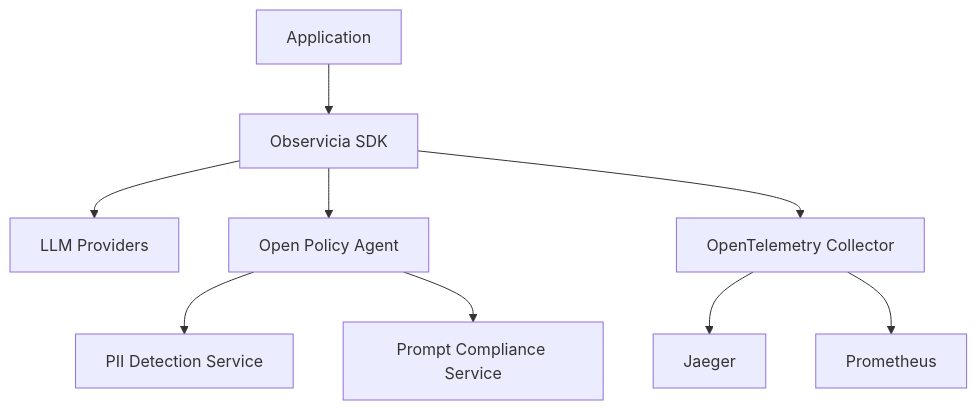
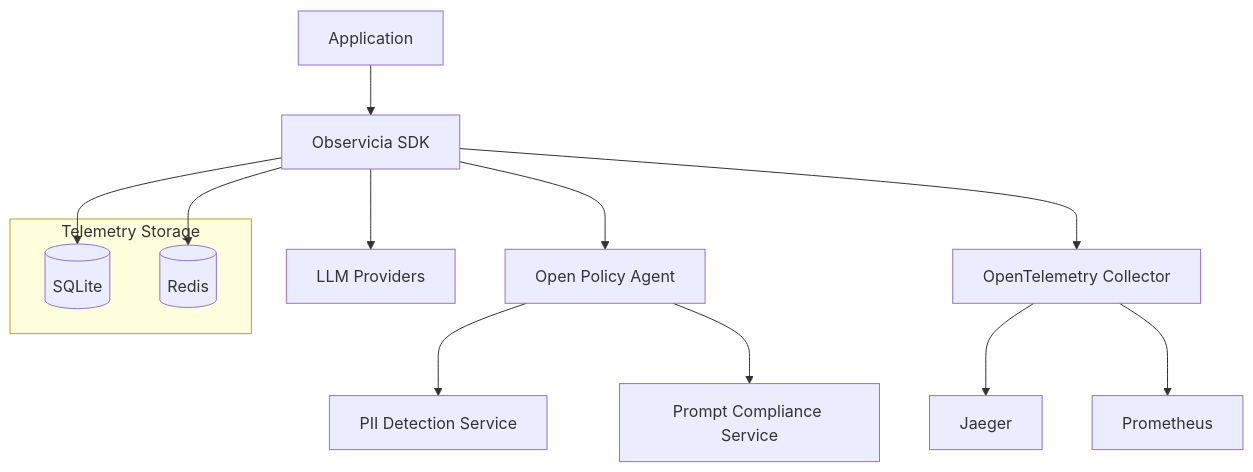
The diagram in README.md (Observicia/Observicia), drawn with Mermaid before and after one commit. The commit also changed other lines of this file, not shown here.

Commit message:
docs(readme): update telemetry storage support

````diff
--- a/README.md
+++ b/README.md
@@ -164,11 +151,18 @@
 ```mermaid
 flowchart TB
     App[Application] --> SDK[Observicia SDK]
     SDK --> Providers[LLM Providers]
     SDK --> OPA[Open Policy Agent]
     SDK --> OTEL[OpenTelemetry Collector]
+    SDK --> SQLite[(SQLite)]
+    SDK --> Redis[(Redis)]
     OTEL --> Jaeger[Jaeger]
     OTEL --> Prom[Prometheus]
     OPA --> PII[PII Detection Service]
     OPA --> Compliance[Prompt Compliance Service]
+
+    subgraph Telemetry Storage
+        SQLite
+        Redis
+    end
 ```
````
